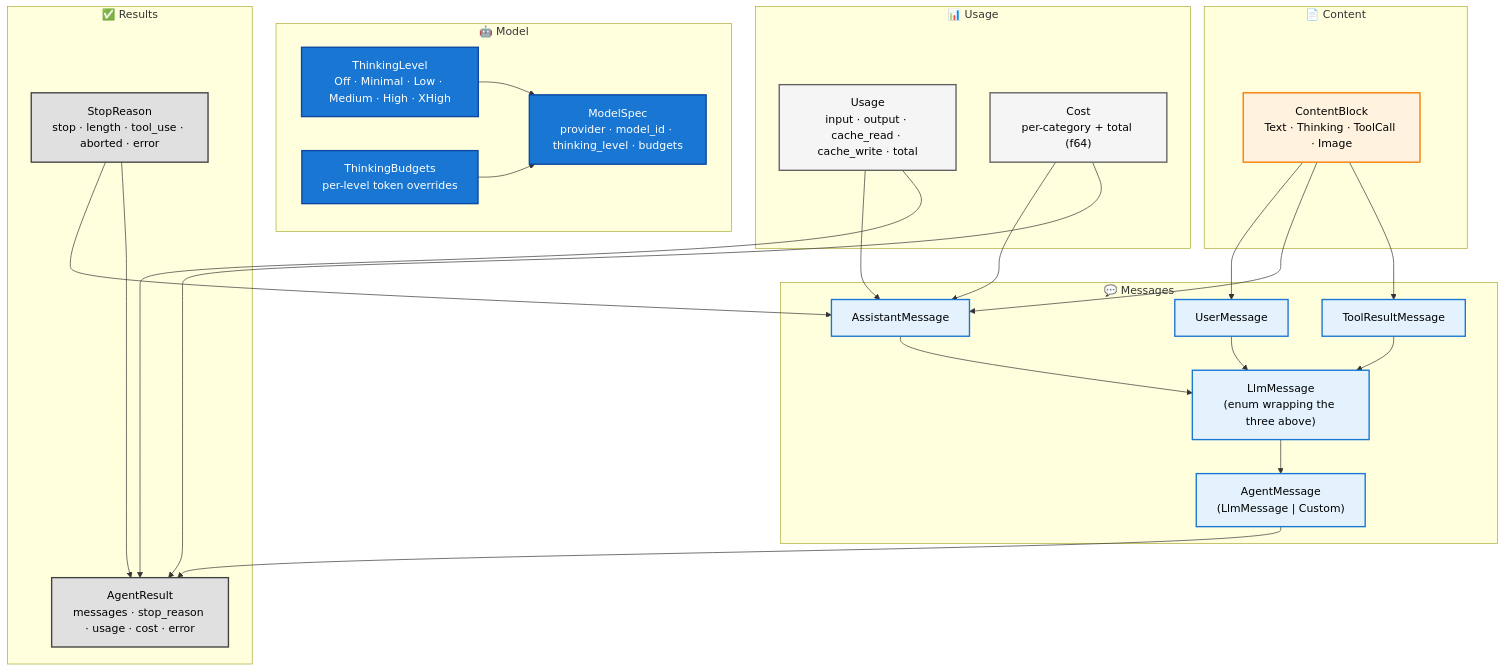
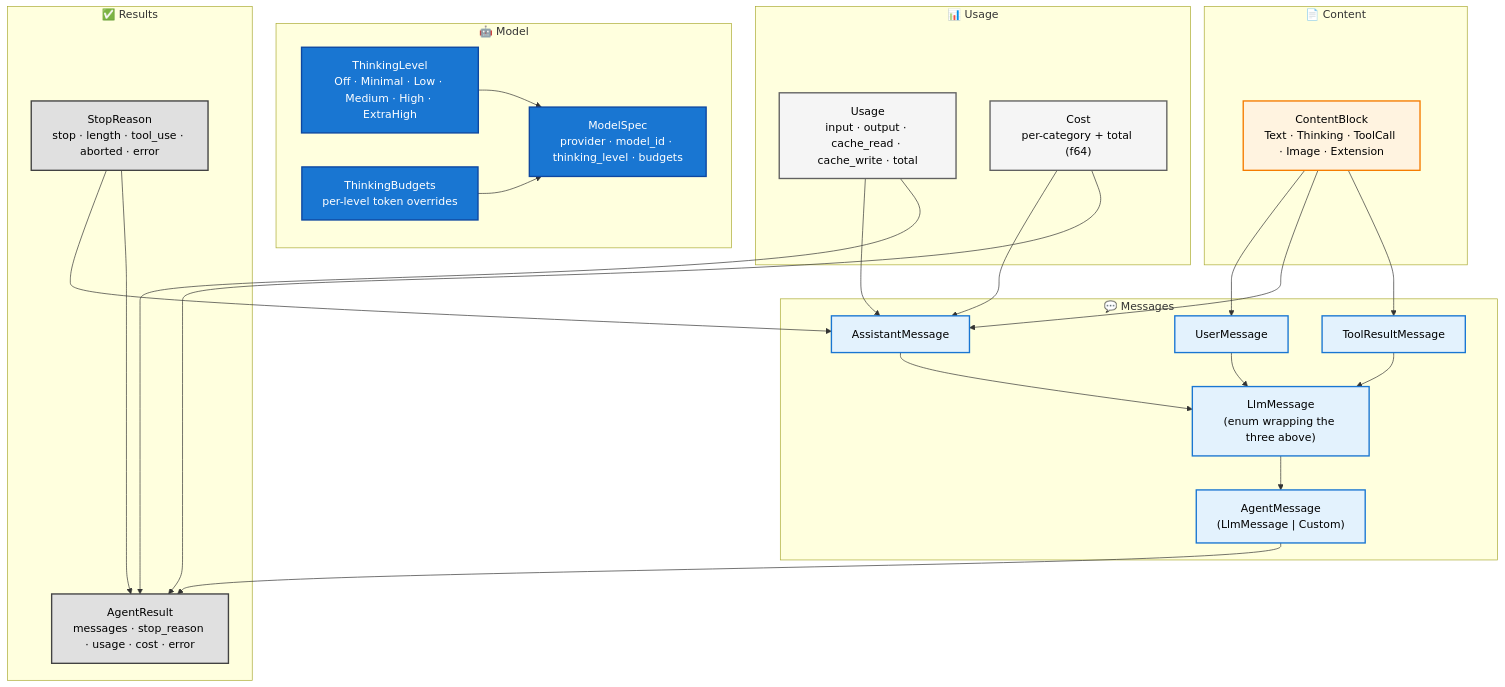
Before and after one commit to SuperSwinkAI/Swink-Agent: the first of 4 diagrams in docs/architecture/data-model/README.md, drawn with Mermaid. The commit also changed other lines of this file and 2 other files, not shown here.

````diff
--- a/docs/architecture/data-model/README.md
+++ b/docs/architecture/data-model/README.md
@@ -14,59 +14,59 @@
 ```mermaid
 flowchart TB
     subgraph ContentLayer["📄 Content"]
-        ContentBlock["ContentBlock<br/>Text · Thinking · ToolCall · Image"]
+        ContentBlock["ContentBlock<br/>Text · Thinking · ToolCall · Image · Extension"]
     end
 
     subgraph MessageLayer["💬 Messages"]
         UserMessage["UserMessage"]
         AssistantMessage["AssistantMessage"]
         ToolResultMessage["ToolResultMessage"]
         LlmMessage["LlmMessage<br/>(enum wrapping the three above)"]
         AgentMessage["AgentMessage<br/>(LlmMessage | Custom)"]
     end
 
     subgraph ModelLayer["🤖 Model"]
         ModelSpec["ModelSpec<br/>provider · model_id · thinking_level · budgets"]
-        ThinkingLevel["ThinkingLevel<br/>Off · Minimal · Low · Medium · High · XHigh"]
+        ThinkingLevel["ThinkingLevel<br/>Off · Minimal · Low · Medium · High · ExtraHigh"]
         ThinkingBudgets["ThinkingBudgets<br/>per-level token overrides"]
     end
 
     subgraph UsageLayer["📊 Usage"]
         Usage["Usage<br/>input · output · cache_read · cache_write · total"]
         Cost["Cost<br/>per-category + total (f64)"]
     end
 
     subgraph ResultLayer["✅ Results"]
         AgentResult["AgentResult<br/>messages · stop_reason · usage · cost · error"]
         StopReason["StopReason<br/>stop · length · tool_use · aborted · error"]
     end
 
     ContentBlock --> UserMessage
     ContentBlock --> AssistantMessage
     ContentBlock --> ToolResultMessage
     UserMessage --> LlmMessage
     AssistantMessage --> LlmMessage
     ToolResultMessage --> LlmMessage
     LlmMessage --> AgentMessage
     Usage --> AssistantMessage
     Cost --> AssistantMessage
     Cost --> AgentResult
     StopReason --> AssistantMessage
     StopReason --> AgentResult
     Usage --> AgentResult
     AgentMessage --> AgentResult
     ThinkingLevel --> ModelSpec
     ThinkingBudgets --> ModelSpec
 
     classDef contentStyle fill:#fff3e0,stroke:#f57c00,stroke-width:2px,color:#000
     classDef messageStyle fill:#e3f2fd,stroke:#1976d2,stroke-width:2px,color:#000
     classDef modelStyle fill:#1976d2,stroke:#0d47a1,stroke-width:2px,color:#fff
     classDef usageStyle fill:#f5f5f5,stroke:#616161,stroke-width:2px,color:#000
     classDef resultStyle fill:#e0e0e0,stroke:#424242,stroke-width:2px,color:#000
 
     class ContentBlock contentStyle
     class UserMessage,AssistantMessage,ToolResultMessage,LlmMessage,AgentMessage messageStyle
     class ModelSpec,ThinkingLevel,ThinkingBudgets modelStyle
     class Usage,Cost usageStyle
     class AgentResult,StopReason resultStyle
 ```
````
